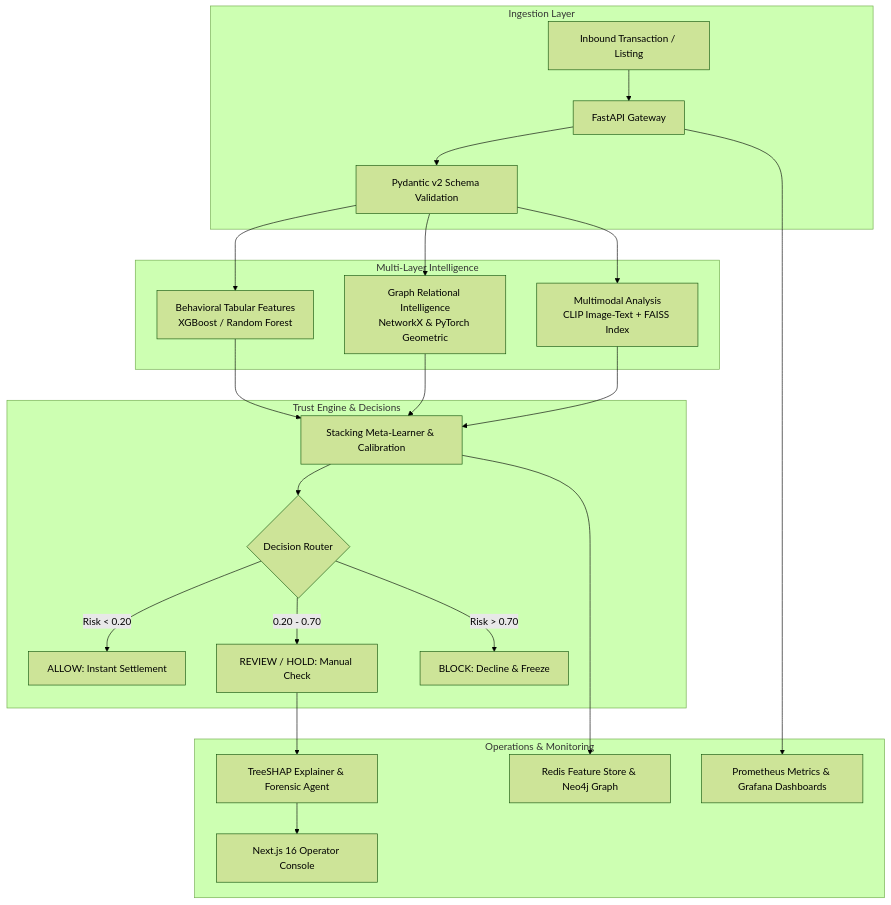
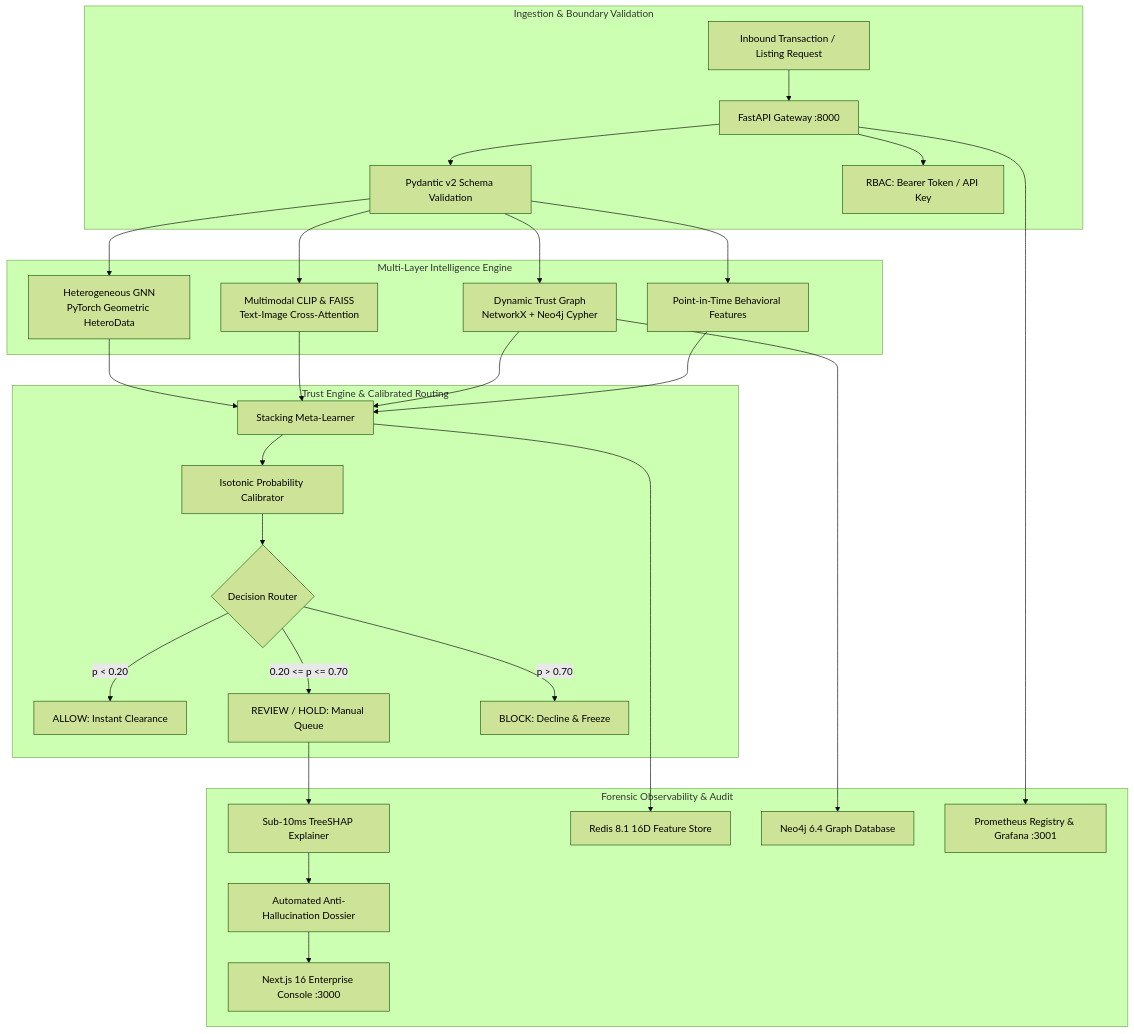
The first of 2 diagrams in README.md (Rajiv107ai/Trustshield), drawn with Mermaid (forest theme) before and after one commit. The commit also changed other lines of this file and 146 other files, not shown here.

````diff
--- a/README.md
+++ b/README.md
@@ -35,28 +50,33 @@
 ```mermaid
-graph TD
-    subgraph Ingestion Layer
-        A[Inbound Transaction / Listing] --> B[FastAPI Gateway]
+flowchart TD
+    subgraph Ingestion["Ingestion & Boundary Validation"]
+        A[Inbound Transaction / Listing Request] --> B[FastAPI Gateway :8000]
         B --> C[Pydantic v2 Schema Validation]
+        B --> AUTH[RBAC: Bearer Token / API Key]
     end
 
-    subgraph Multi-Layer Intelligence
-        C --> D[Behavioral Tabular Features<br/>XGBoost / Random Forest]
-        C --> E[Graph Relational Intelligence<br/>NetworkX & PyTorch Geometric]
-        C --> F[Multimodal Analysis<br/>CLIP Image-Text + FAISS Index]
+    subgraph MultiLayer["Multi-Layer Intelligence Engine"]
+        C --> D[Point-in-Time Behavioral Features]
+        C --> E[Dynamic Trust Graph<br/>NetworkX + Neo4j Cypher]
+        C --> F[Multimodal CLIP & FAISS<br/>Text-Image Cross-Attention]
+        C --> G[Heterogeneous GNN<br/>PyTorch Geometric HeteroData]
     end
 
-    subgraph Trust Engine & Decisions
-        D & E & F --> G[Stacking Meta-Learner & Calibration]
-        G --> H{Decision Router}
-        H -->|Risk < 0.20| I[ALLOW: Instant Settlement]
-        H -->|0.20 - 0.70| J[REVIEW / HOLD: Manual Check]
-        H -->|Risk > 0.70| K[BLOCK: Decline & Freeze]
+    subgraph Decision["Trust Engine & Calibrated Routing"]
+        D & E & F & G --> H[Stacking Meta-Learner]
+        H --> I[Isotonic Probability Calibrator]
+        I --> J{Decision Router}
+        J -->|p < 0.20| K[ALLOW: Instant Clearance]
+        J -->|0.20 <= p <= 0.70| L[REVIEW / HOLD: Manual Queue]
+        J -->|p > 0.70| M[BLOCK: Decline & Freeze]
     end
 
-    subgraph Operations & Monitoring
-        J --> L[TreeSHAP Explainer & Forensic Agent]
-        L --> M[Next.js 16 Operator Console]
-        G --> N[Redis Feature Store & Neo4j Graph]
-        B --> O[Prometheus Metrics & Grafana Dashboards]
+    subgraph Forensic["Forensic Observability & Audit"]
+        L --> N[Sub-10ms TreeSHAP Explainer]
+        N --> O[Automated Anti-Hallucination Dossier]
+        O --> P[Next.js 16 Enterprise Console :3000]
+        H --> Q[Redis 8.1 16D Feature Store]
+        E --> R[Neo4j 6.4 Graph Database]
+        B --> S[Prometheus Registry & Grafana :3001]
     end
 ```
````
